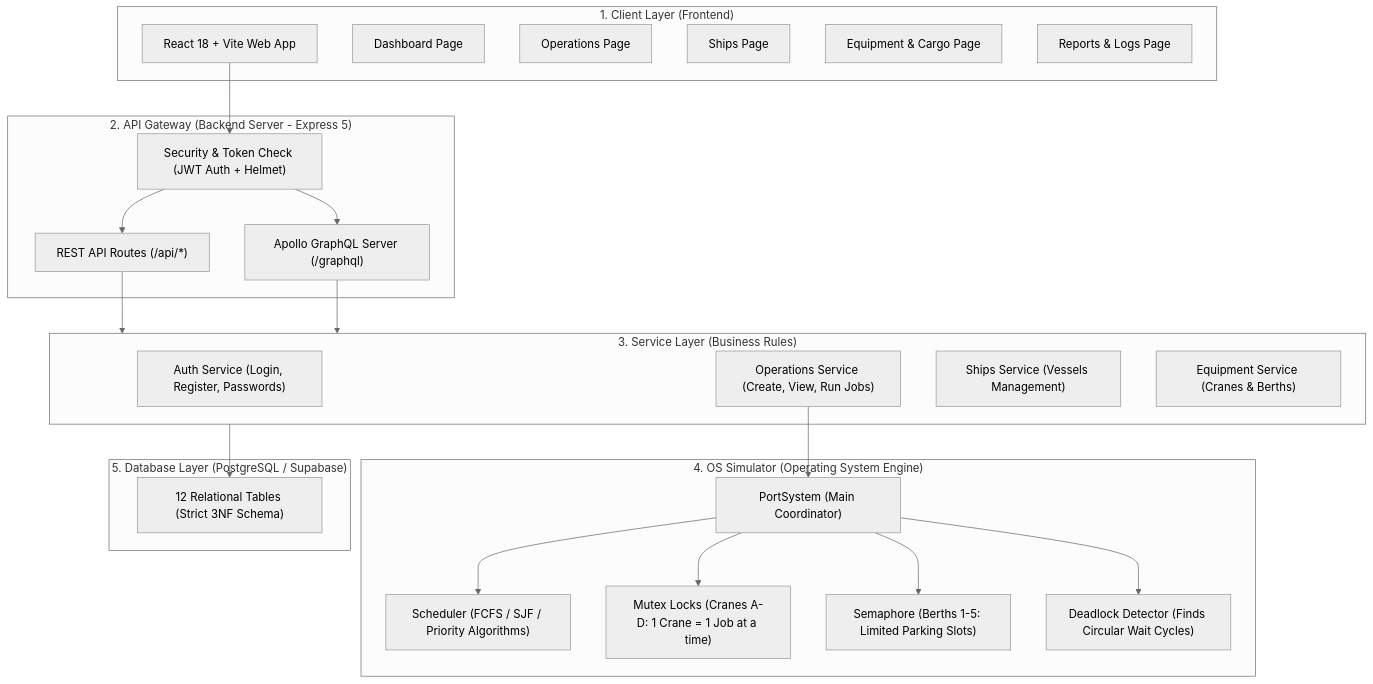
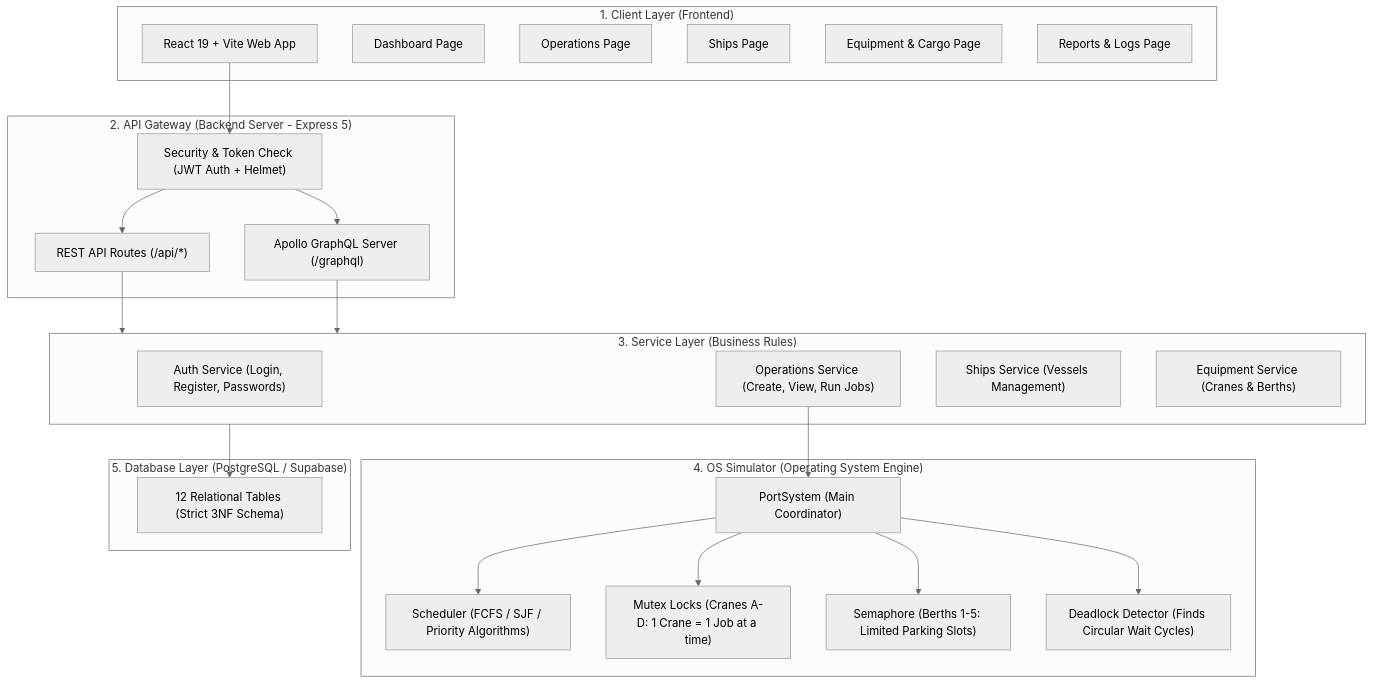
One commit to Sujalkathait/PortFlow changed the first of 5 diagrams in folder/DIAGRAMS.md. Above: the diagram before and after it, drawn with Mermaid (neutral theme). The commit also changed 3 other files, not shown here.

Commit message:
docs: add cloud backend deployment guide to backend README, member viva questions, and phase roadmap

````diff
--- a/folder/DIAGRAMS.md
+++ b/folder/DIAGRAMS.md
@@ -26,48 +26,48 @@
 ```mermaid
 graph TB
     subgraph CLIENT["1. Client Layer (Frontend)"]
-        UI["React 18 + Vite Web App"]
+        UI["React 19 + Vite Web App"]
         P1["Dashboard Page"]
         P2["Operations Page"]
         P3["Ships Page"]
         P4["Equipment & Cargo Page"]
         P5["Reports & Logs Page"]
     end
 
     subgraph GATEWAY["2. API Gateway (Backend Server - Express 5)"]
         AUTH_CHECK["Security & Token Check (JWT Auth + Helmet)"]
         REST_API["REST API Routes (/api/*)"]
         GRAPHQL_API["Apollo GraphQL Server (/graphql)"]
     end
 
     subgraph SERVICES["3. Service Layer (Business Rules)"]
         AUTH_SVC["Auth Service (Login, Register, Passwords)"]
         OPS_SVC["Operations Service (Create, View, Run Jobs)"]
         SHIP_SVC["Ships Service (Vessels Management)"]
         EQUIP_SVC["Equipment Service (Cranes & Berths)"]
     end
 
     subgraph OS_SIM["4. OS Simulator (Operating System Engine)"]
         PORT_SYS["PortSystem (Main Coordinator)"]
         SCHEDULER["Scheduler (FCFS / SJF / Priority Algorithms)"]
         MUTEX["Mutex Locks (Cranes A-D: 1 Crane = 1 Job at a time)"]
         SEMAPHORE["Semaphore (Berths 1-5: Limited Parking Slots)"]
         DEADLOCK["Deadlock Detector (Finds Circular Wait Cycles)"]
     end
 
     subgraph DATABASE["5. Database Layer (PostgreSQL / Supabase)"]
         DB["12 Relational Tables (Strict 3NF Schema)"]
     end
 
     UI --> AUTH_CHECK
     AUTH_CHECK --> REST_API
     AUTH_CHECK --> GRAPHQL_API
     REST_API --> SERVICES
     GRAPHQL_API --> SERVICES
     OPS_SVC --> PORT_SYS
     PORT_SYS --> SCHEDULER
     PORT_SYS --> MUTEX
     PORT_SYS --> SEMAPHORE
     PORT_SYS --> DEADLOCK
     SERVICES --> DB
 ```
````
